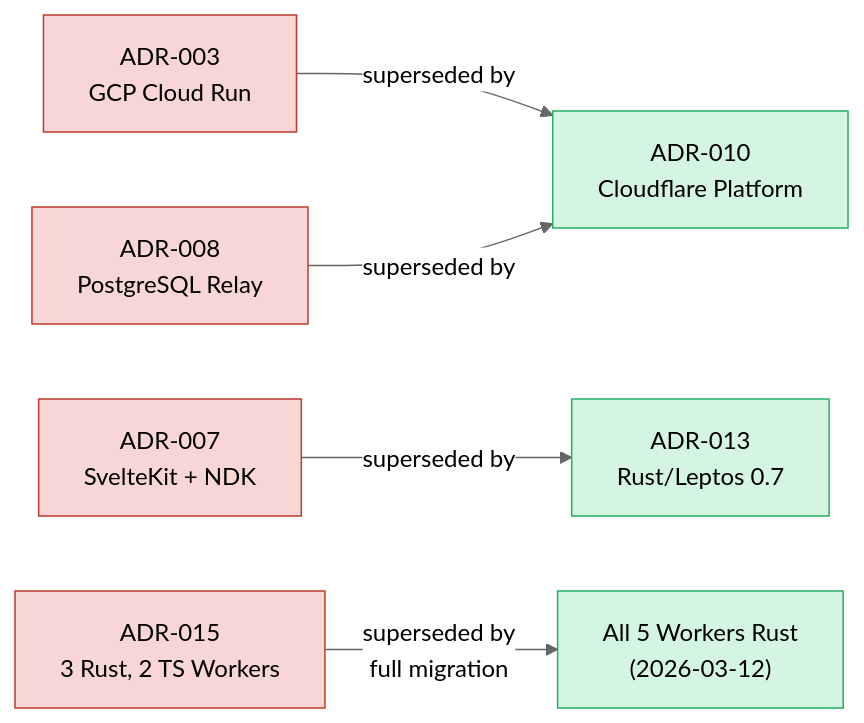
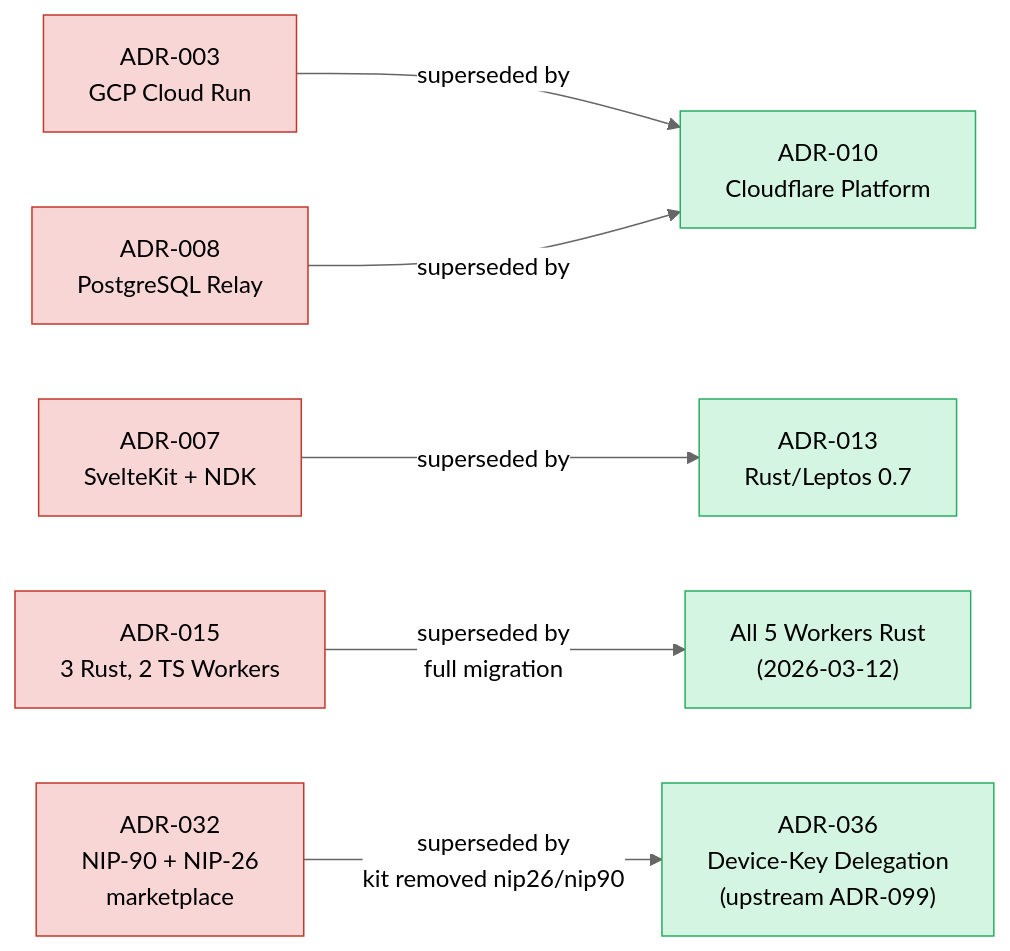
One commit to DreamLab-AI/dreamlab-ai-website changed the first of 2 diagrams in docs/adr/README.md. Above: the diagram before and after it, drawn with Mermaid (neutral theme). The commit also changed other lines of this file and 12 other files, not shown here.

````diff
--- a/docs/adr/README.md
+++ b/docs/adr/README.md
@@ -52,15 +59,18 @@
 ```mermaid
 graph LR
     ADR003["ADR-003<br/>GCP Cloud Run"] -->|superseded by| ADR010["ADR-010<br/>Cloudflare Platform"]
     ADR007["ADR-007<br/>SvelteKit + NDK"] -->|superseded by| ADR013["ADR-013<br/>Rust/Leptos 0.7"]
     ADR008["ADR-008<br/>PostgreSQL Relay"] -->|superseded by| ADR010
     ADR015["ADR-015<br/>3 Rust, 2 TS Workers"] -->|superseded by<br/>full migration| ADR015N["All 5 Workers Rust<br/>(2026-03-12)"]
+    ADR032["ADR-032<br/>NIP-90 + NIP-26<br/>marketplace"] -->|superseded by<br/>kit removed nip26/nip90| ADR036["ADR-036<br/>Device-Key Delegation<br/>(upstream ADR-099)"]
 
     style ADR003 fill:#f9d6d6,stroke:#c0392b
     style ADR007 fill:#f9d6d6,stroke:#c0392b
     style ADR008 fill:#f9d6d6,stroke:#c0392b
     style ADR015 fill:#f9d6d6,stroke:#c0392b
+    style ADR032 fill:#f9d6d6,stroke:#c0392b
     style ADR010 fill:#d5f5e3,stroke:#27ae60
     style ADR013 fill:#d5f5e3,stroke:#27ae60
     style ADR015N fill:#d5f5e3,stroke:#27ae60
+    style ADR036 fill:#d5f5e3,stroke:#27ae60
 ```
````
